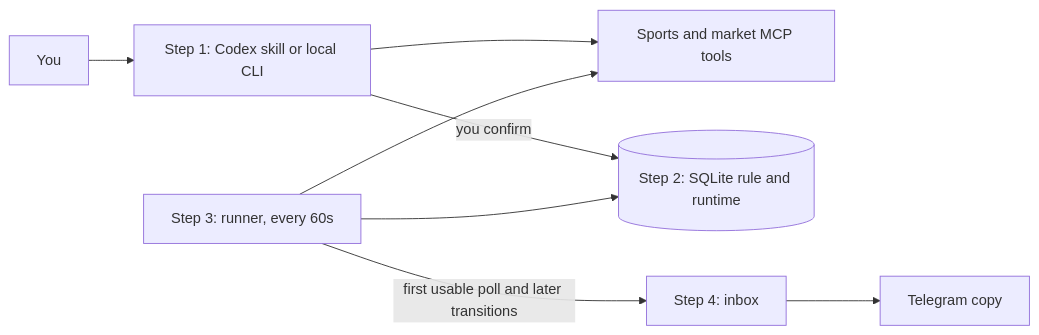
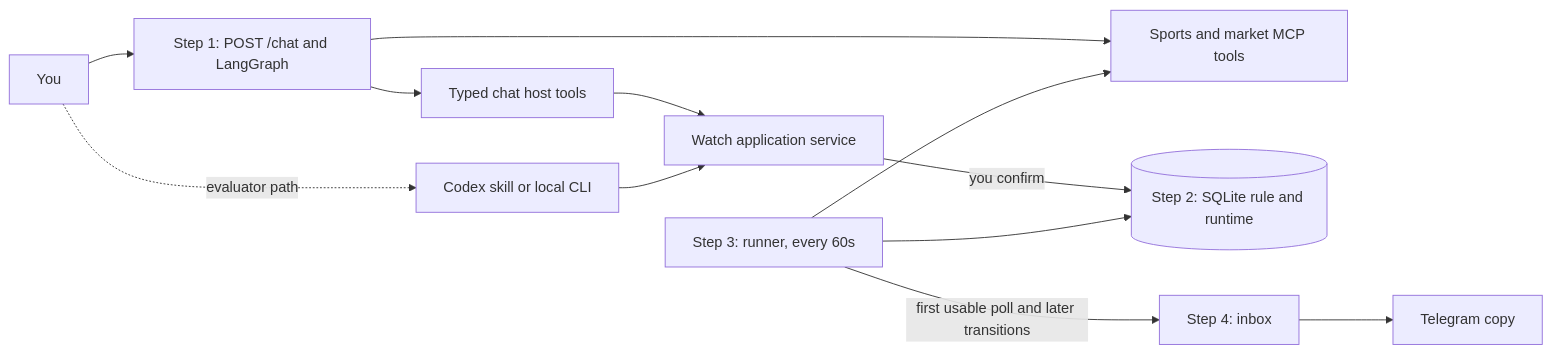
The diagram in docs/WATCHES_EXPLAINED.md (waderylan/prediction-market-agent), drawn with Mermaid before and after one commit. The commit also changed other lines of this file and 9 other files, not shown here.

````diff
--- a/docs/WATCHES_EXPLAINED.md
+++ b/docs/WATCHES_EXPLAINED.md
@@ -36,10 +36,12 @@
 ```mermaid
 flowchart LR
-    U[You] --> FRONT[Step 1: Codex skill or local CLI]
-    FRONT --> MCP[Sports and market MCP tools]
-    FRONT -->|you confirm| DB[(Step 2: SQLite rule and runtime)]
+    U[You] --> CHAT[Step 1: POST /chat and LangGraph]
+    CHAT --> HOST[Typed chat host tools] --> SVC[Watch application service]
+    CHAT --> MCP[Sports and market MCP tools]
+    SVC -->|you confirm| DB[(Step 2: SQLite rule and runtime)]
+    U -. evaluator path .-> CLI[Codex skill or local CLI] --> SVC
     RUNNER[Step 3: runner, every 60s] --> DB
     RUNNER --> MCP
     RUNNER -->|first usable poll and later transitions| INBOX[Step 4: inbox]
     INBOX --> TELEGRAM[Telegram copy]
 ```
````
